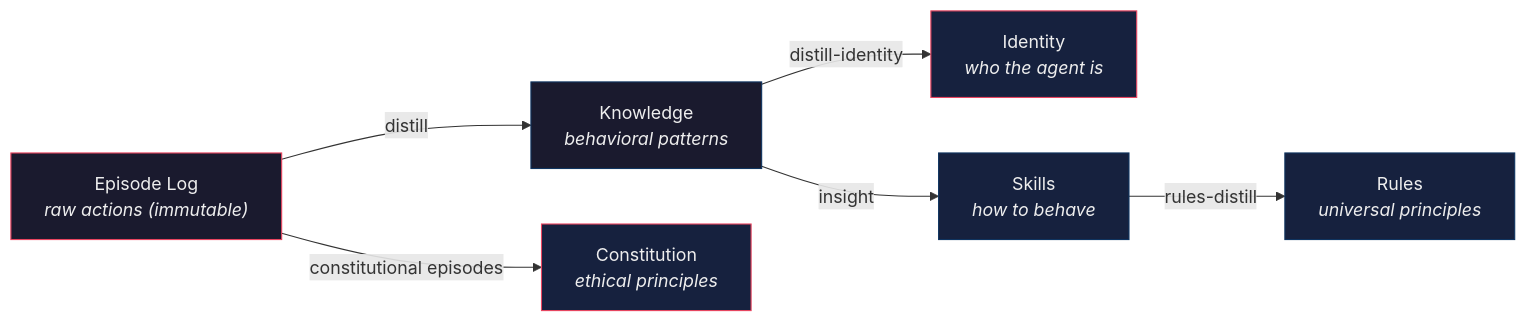
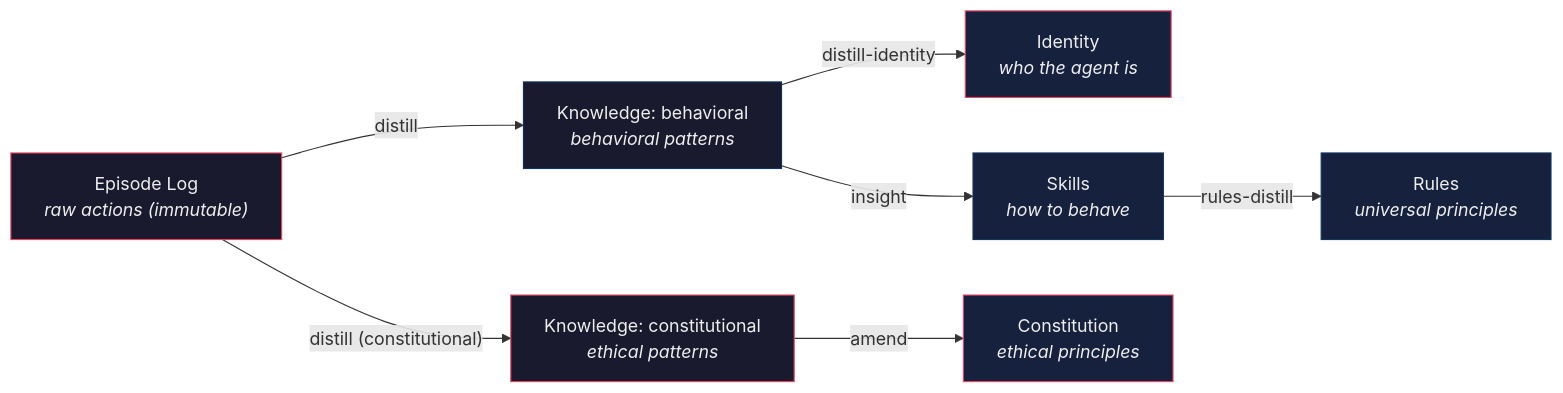
Before and after one commit to shimo4228/contemplative-agent: the diagram in README.md, drawn with Mermaid. The commit also changed 1 other file, not shown here.

Commit message:
docs: correct distillation flow diagram — Constitution flows through Knowledge
The README "How It Works" mermaid showed `Episode Log → Constitution`
as a direct edge, which is wrong. The implementation is two-step:

  Episode Log
    → distill (Step 0 classifies into "constitutional" category;
       distill.py:316, uses DISTILL_CONSTITUTIONAL_PROMPT at line 372)
    → Knowledge[category="constitutional"]
    → amend_constitution (constitution.py:50 reads
       get_learned_patterns(category="constitutional"))
    → Constitution

Split the Knowledge node into two parallel branches (behavioral and
constitutional) so the diagram reflects the actual pipeline. Apply
the same fix to README.ja.md.

Why this matters: the two-step flow is not an implementation detail —
it encodes the MIN_PATTERNS_REQUIRED=3 guard so that the constitution
is only amended after enough constitutional patterns have accumulated.
The old direct-edge diagram hid that gating mechanism.

````diff
--- a/README.md
+++ b/README.md
@@ -27,15 +27,17 @@
 ```mermaid
 graph LR
-    A["Episode Log<br/><i>raw actions (immutable)</i>"] -->|distill| B["Knowledge<br/><i>behavioral patterns</i>"]
+    A["Episode Log<br/><i>raw actions (immutable)</i>"] -->|distill| B["Knowledge: behavioral<br/><i>behavioral patterns</i>"]
+    A -->|"distill (constitutional)"| G["Knowledge: constitutional<br/><i>ethical patterns</i>"]
     B -->|distill-identity| C["Identity<br/><i>who the agent is</i>"]
     B -->|insight| D["Skills<br/><i>how to behave</i>"]
     D -->|rules-distill| E["Rules<br/><i>universal principles</i>"]
-    A -->|"constitutional episodes"| F["Constitution<br/><i>ethical principles</i>"]
+    G -->|amend| F["Constitution<br/><i>ethical principles</i>"]
 
     style A fill:#1a1a2e,stroke:#e94560,color:#eee
     style B fill:#1a1a2e,stroke:#0f3460,color:#eee
+    style G fill:#1a1a2e,stroke:#e94560,color:#eee
     style C fill:#16213e,stroke:#e94560,color:#eee
     style D fill:#16213e,stroke:#0f3460,color:#eee
     style E fill:#16213e,stroke:#0f3460,color:#eee
     style F fill:#16213e,stroke:#e94560,color:#eee
 ```
````
